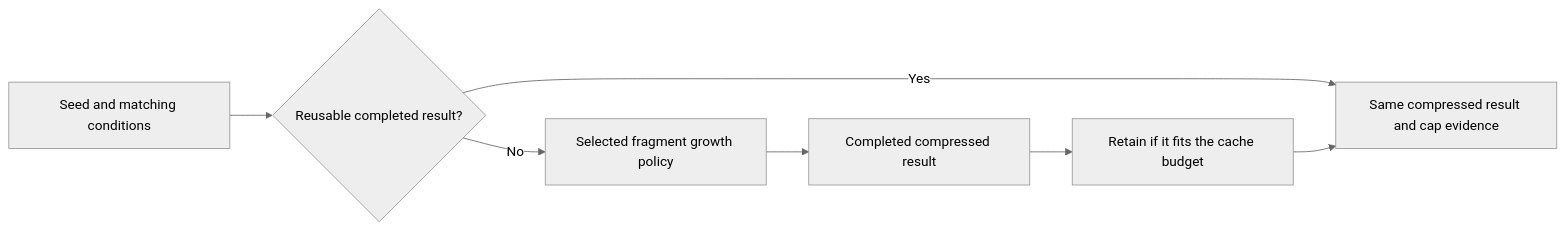
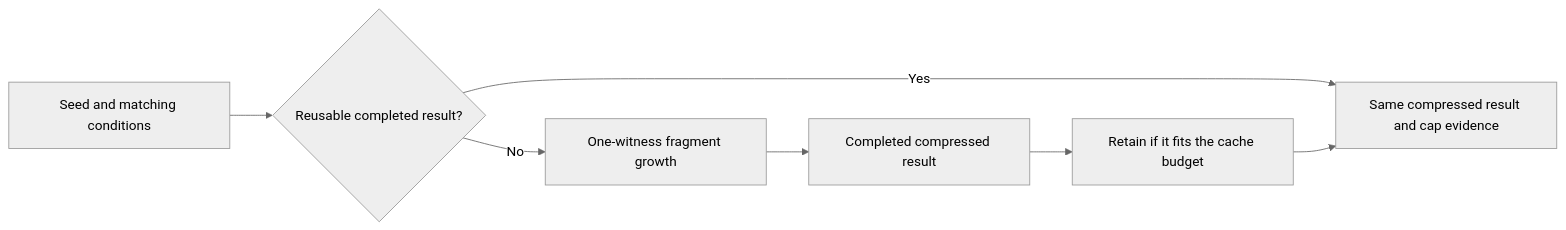
One commit to yunhzou/MAPPA-AAM changed the fourth of 9 diagrams in design.md. Above: the diagram before and after it, drawn with Mermaid (neutral theme). The commit also changed other lines of this file and 53 other files, not shown here.

Commit message:
Remove superseded fragment growth modes and candidate replay caches

````diff
--- a/design.md
+++ b/design.md
@@ -200,9 +201,9 @@
 ```mermaid
 flowchart LR
     Request[Seed and matching conditions] --> Check{Reusable completed result?}
     Check -->|Yes| Return[Same compressed result and cap evidence]
-    Check -->|No| Grow[Selected fragment growth policy]
+    Check -->|No| Grow[One-witness fragment growth]
     Grow --> Complete[Completed compressed result]
     Complete --> Retain[Retain if it fits the cache budget]
     Retain --> Return
 ```
````
